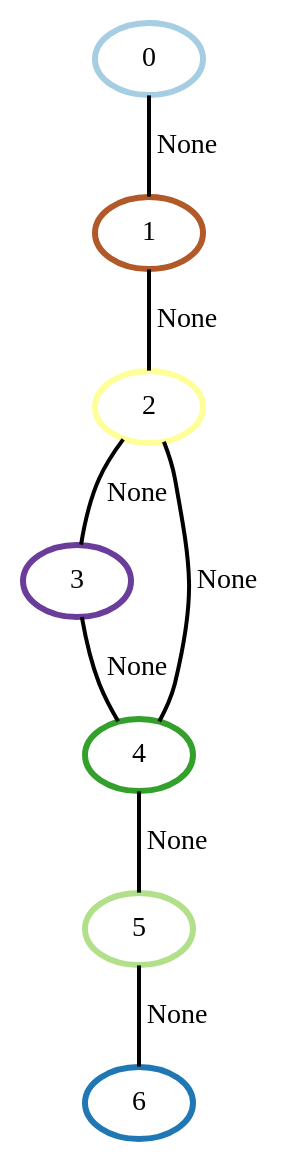
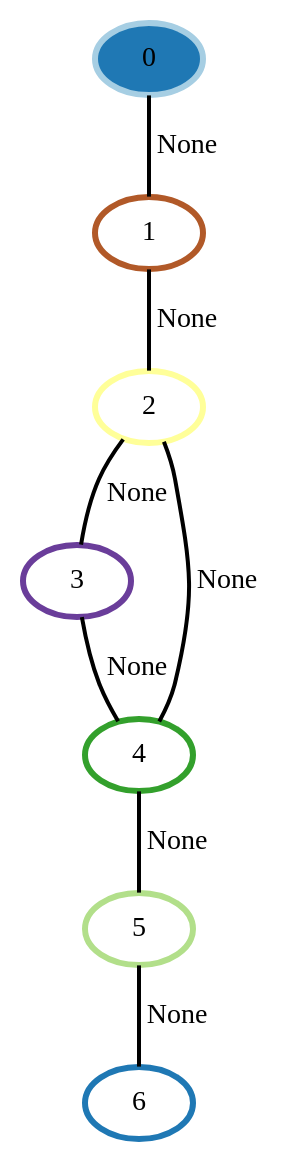
The diagram in graphs/color_refined_examplegraph_2.dot (trueGmek/Graphs_Project), drawn with Graphviz before and after one commit. The commit also changed 4 other files, not shown here.

```diff
--- a/graphs/color_refined_examplegraph_2.dot
+++ b/graphs/color_refined_examplegraph_2.dot
@@ -1,17 +1,17 @@
 graph G {
-    0 [penwidth=3,label="0",color=1, colorscheme=paired12]
+    0 [penwidth=3,label="0",color=1, colorscheme=paired12,style=filled,fillcolor=2]
     1 [penwidth=3,label="1",color=12, colorscheme=paired12]
     2 [penwidth=3,label="2",color=11, colorscheme=paired12]
     3 [penwidth=3,label="3",color=10, colorscheme=paired12]
     4 [penwidth=3,label="4",color=4, colorscheme=paired12]
     5 [penwidth=3,label="5",color=3, colorscheme=paired12]
     6 [penwidth=3,label="6",color=2, colorscheme=paired12]
 
     0--1 [penwidth=2,label="None"]
     1--2 [penwidth=2,label="None"]
     2--3 [penwidth=2,label="None"]
     2--4 [penwidth=2,label="None"]
     3--4 [penwidth=2,label="None"]
     4--5 [penwidth=2,label="None"]
     5--6 [penwidth=2,label="None"]
 }
```
